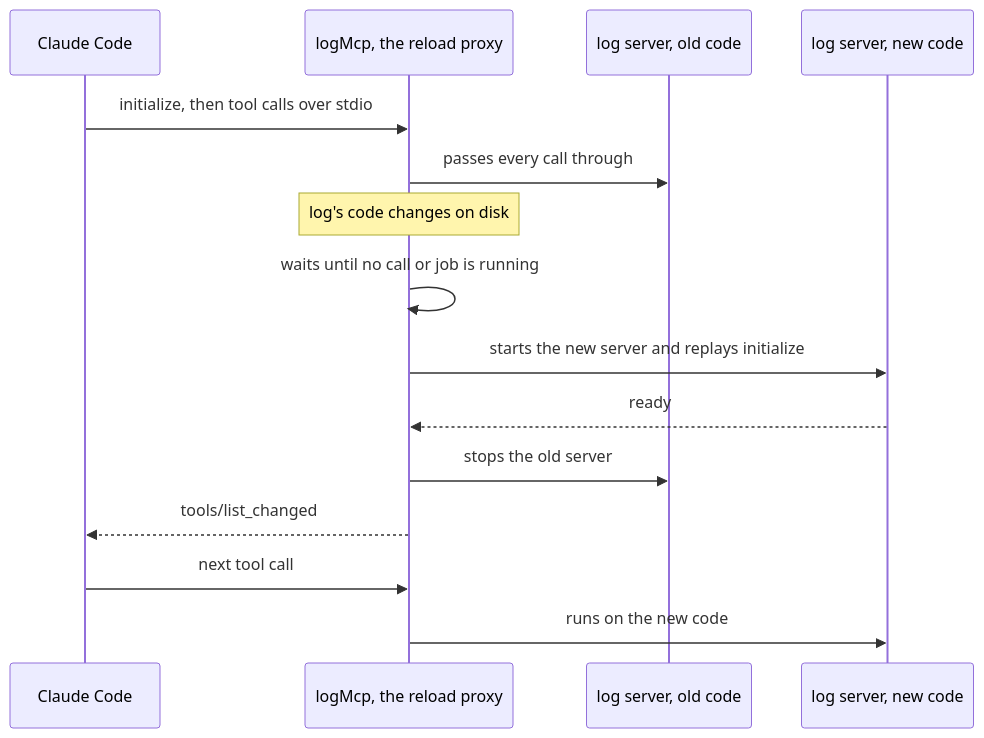
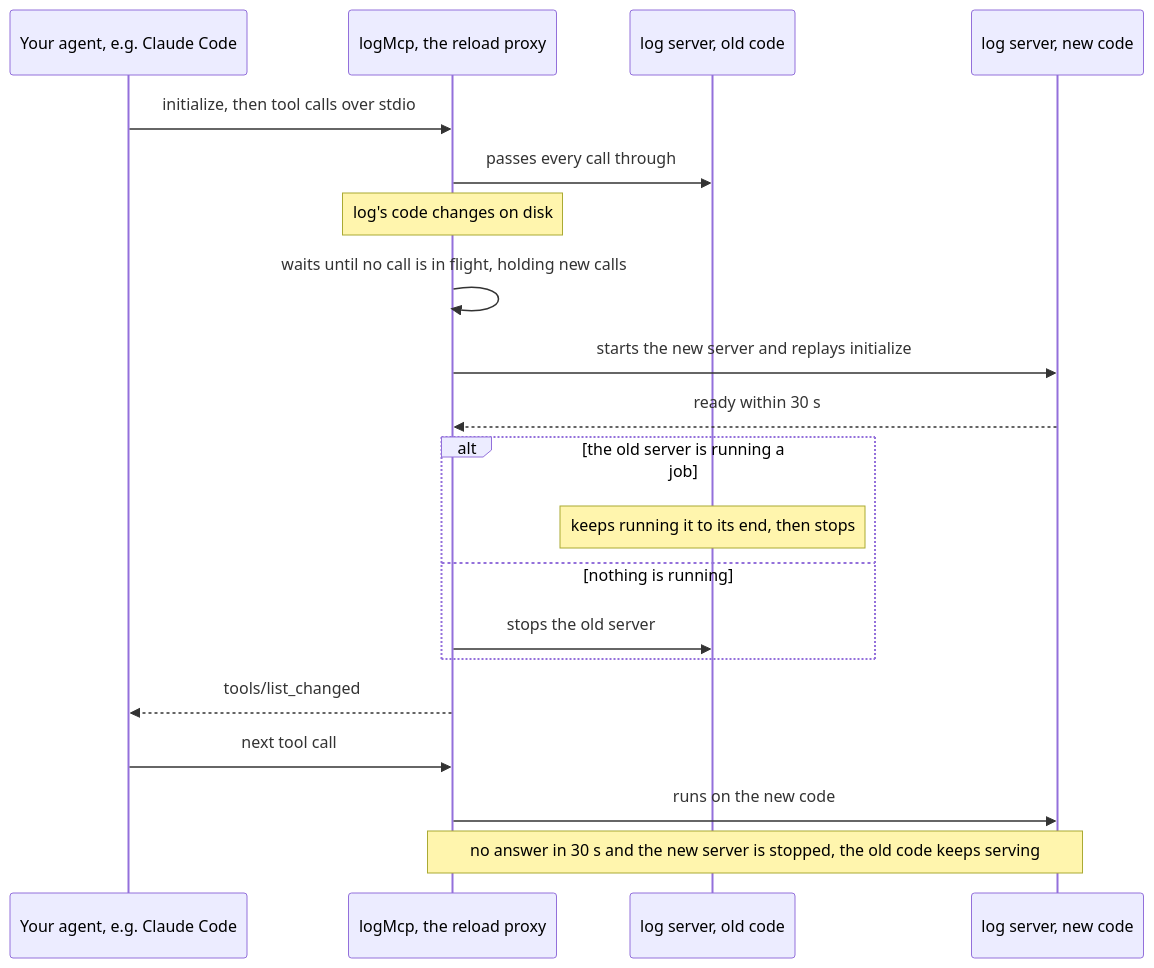
Before and after one commit to zqf20096327/ai_collect: the second of 7 diagrams in data/readmes/matthewdonsemail-lab__log.md, drawn with Mermaid. The commit also changed other lines of this file and 1765 other files, not shown here.

````diff
--- a/data/readmes/matthewdonsemail-lab__log.md
+++ b/data/readmes/matthewdonsemail-lab__log.md
@@ -262,17 +273,22 @@
 ```mermaid
 sequenceDiagram
-  participant C as Claude Code
+  participant C as Your agent, e.g. Claude Code
   participant P as logMcp, the reload proxy
   participant A as log server, old code
   participant B as log server, new code
   C->>P: initialize, then tool calls over stdio
   P->>A: passes every call through
   Note over P: log's code changes on disk
-  P->>P: waits until no call or job is running
+  P->>P: waits until no call is in flight, holding new calls
   P->>B: starts the new server and replays initialize
-  B-->>P: ready
-  P->>A: stops the old server
+  B-->>P: ready within 30 s
+  alt the old server is running a job
+    Note over A: keeps running it to its end, then stops
+  else nothing is running
+    P->>A: stops the old server
+  end
   P-->>C: tools/list_changed
   C->>P: next tool call
   P->>B: runs on the new code
+  Note over P,B: no answer in 30 s and the new server is stopped, the old code keeps serving
 ```
````
